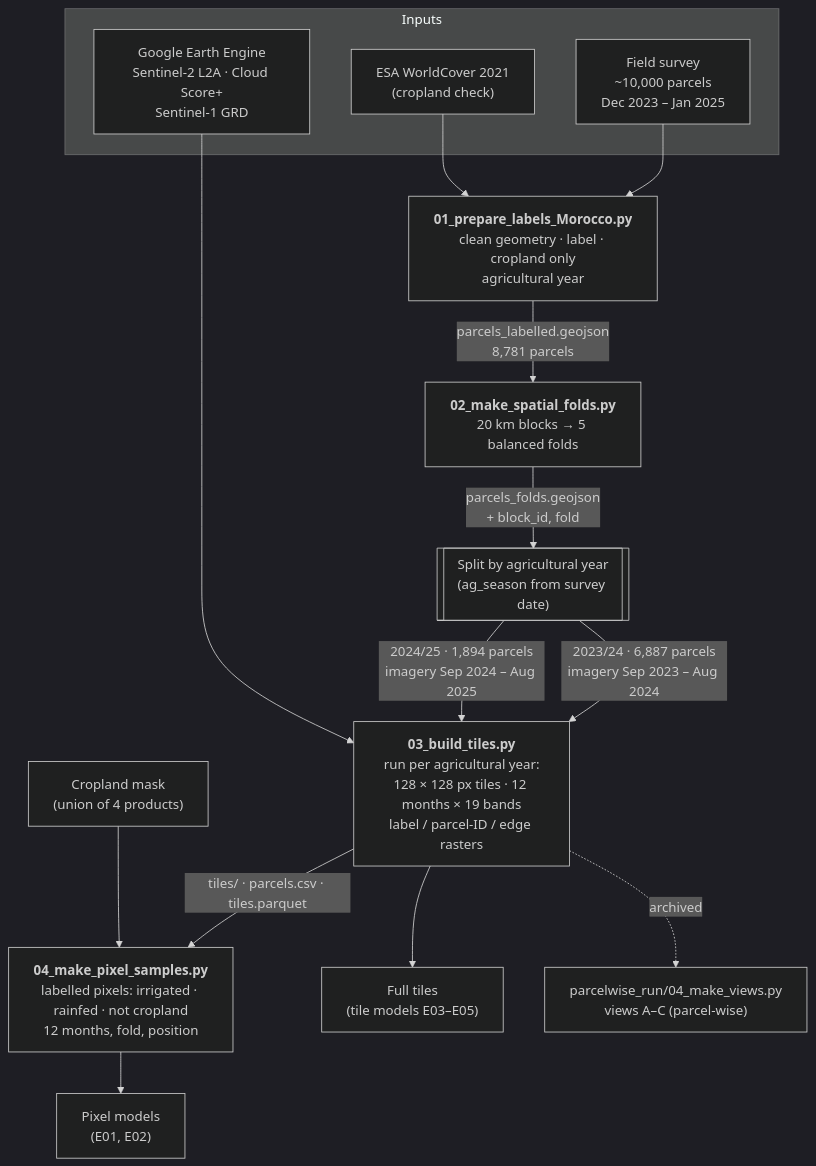
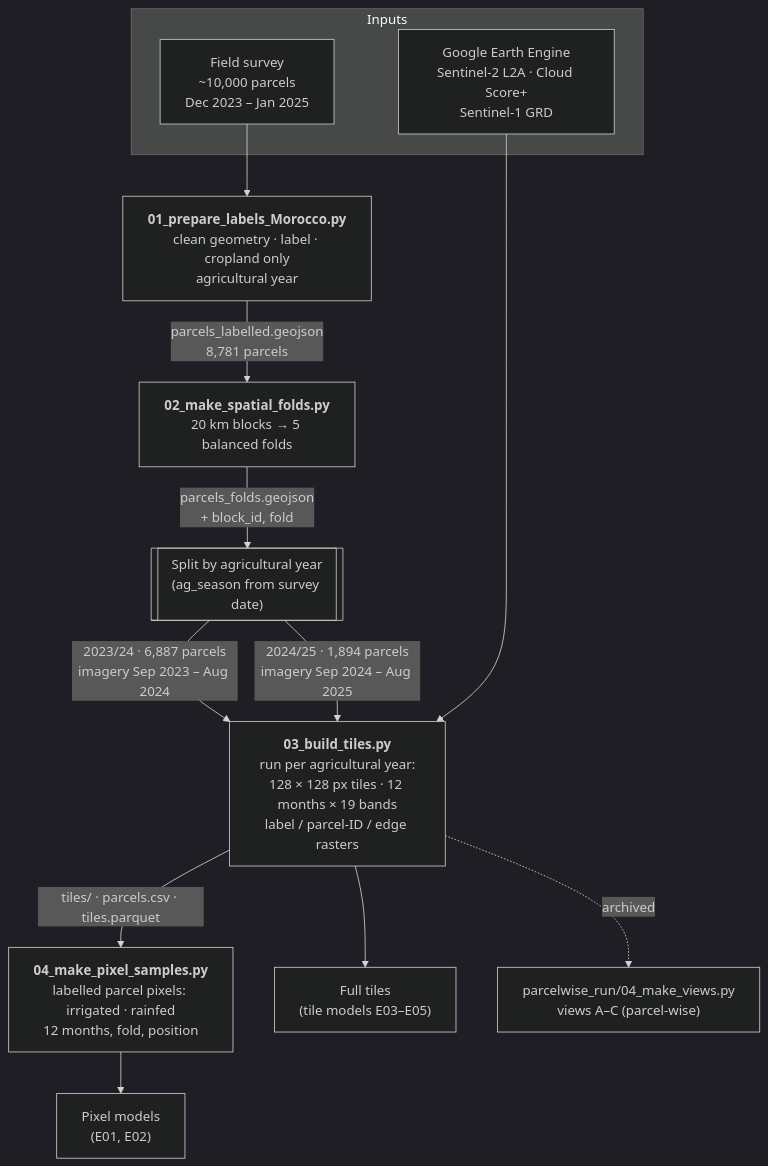
Before and after one commit to amanchry/irrimapping-geofm: the first of 10 diagrams in docs/phase1_data/morocco.md, drawn with Mermaid (dark theme). The commit also changed other lines of this file and 179 other files, not shown here.

First line of the commit message:
Redesign experiments: two classes (irrigated, rainfed), no cropland mask, Morocco first

````diff
--- a/docs/phase1_data/morocco.md
+++ b/docs/phase1_data/morocco.md
@@ -33,22 +33,18 @@
 ```mermaid
 flowchart TD
     subgraph IN["Inputs"]
         FS["Field survey<br/>~10,000 parcels<br/>Dec 2023 – Jan 2025"]
-        WC["ESA WorldCover 2021<br/>(cropland check)"]
         GEE["Google Earth Engine<br/>Sentinel-2 L2A · Cloud Score+<br/>Sentinel-1 GRD"]
     end
 
     FS --> S01["<b>01_prepare_labels_Morocco.py</b><br/>clean geometry · label · cropland only<br/>agricultural year"]
-    WC --> S01
     S01 -->|"parcels_labelled.geojson<br/>8,781 parcels"| S02["<b>02_make_spatial_folds.py</b><br/>20 km blocks → 5 balanced folds"]
     S02 -->|"parcels_folds.geojson<br/>+ block_id, fold"| SPLIT[["Split by agricultural year<br/>(ag_season from survey date)"]]
     SPLIT -->|"2023/24 · 6,887 parcels<br/>imagery Sep 2023 – Aug 2024"| S03["<b>03_build_tiles.py</b><br/>run per agricultural year:<br/>128 × 128 px tiles · 12 months × 19 bands<br/>label / parcel-ID / edge rasters"]
     SPLIT -->|"2024/25 · 1,894 parcels<br/>imagery Sep 2024 – Aug 2025"| S03
     GEE --> S03
-    CM["Cropland mask<br/>(union of 4 products)"]
-    S03 -->|"tiles/ · parcels.csv · tiles.parquet"| S04["<b>04_make_pixel_samples.py</b><br/>labelled pixels: irrigated · rainfed · not cropland<br/>12 months, fold, position"]
-    CM --> S04
+    S03 -->|"tiles/ · parcels.csv · tiles.parquet"| S04["<b>04_make_pixel_samples.py</b><br/>labelled parcel pixels: irrigated · rainfed<br/>12 months, fold, position"]
     S04 --> PX["Pixel models<br/>(E01, E02)"]
     S03 --> VD["Full tiles<br/>(tile models E03–E05)"]
     S03 -.->|"archived"| S04A["parcelwise_run/04_make_views.py<br/>views A–C (parcel-wise)"]
 ```
````
